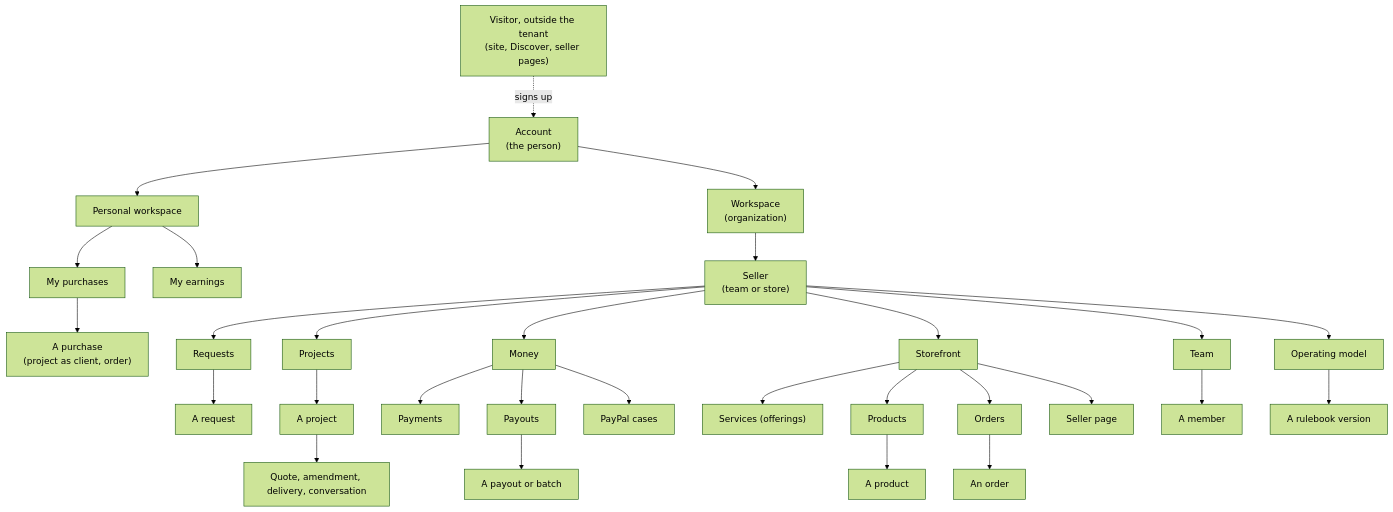
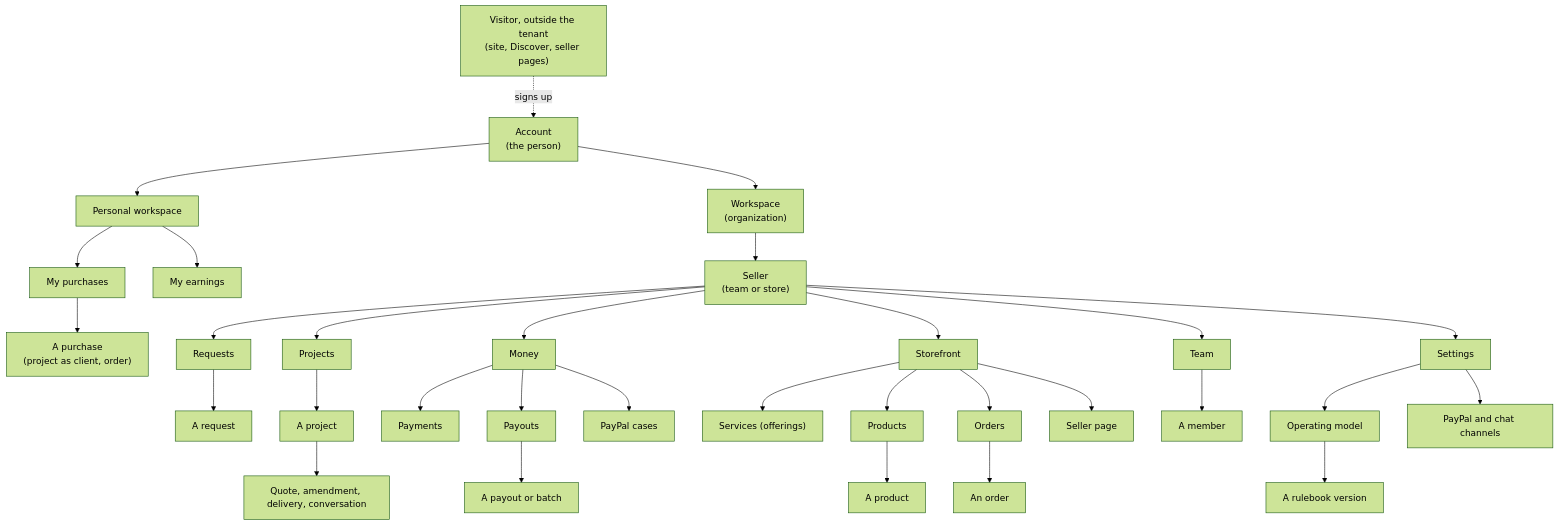
Before and after one commit to veetlyn/veetlyn: the diagram in specs/platform/2026-10-28-context-graph-inventory.md, drawn with Mermaid (forest theme). The commit also changed other lines of this file, not shown here.

````diff
--- a/specs/platform/2026-10-28-context-graph-inventory.md
+++ b/specs/platform/2026-10-28-context-graph-inventory.md
@@ -11,32 +11,34 @@
 ```mermaid
 graph TD
   A["Account<br/>(the person)"]
   A --> P["Personal workspace"]
   A --> W["Workspace<br/>(organization)"]
   P --> PP["My purchases"]
   P --> PE["My earnings"]
   PP --> PR["A purchase<br/>(project as client, order)"]
   W --> S["Seller<br/>(team or store)"]
   S --> R["Requests"]
   S --> J["Projects"]
   S --> M["Money"]
   S --> F["Storefront"]
   S --> T["Team"]
-  S --> O["Operating model"]
+  S --> ST["Settings"]
   R --> R1["A request"]
   J --> J1["A project"]
   M --> M1["Payments"]
   M --> M2["Payouts"]
   M --> M3["PayPal cases"]
   M2 --> M21["A payout or batch"]
   F --> F1["Services (offerings)"]
   F --> F2["Products"]
   F --> F3["Orders"]
   F --> F4["Seller page"]
   F2 --> F21["A product"]
   F3 --> F31["An order"]
   T --> T1["A member"]
+  ST --> O["Operating model"]
+  ST --> SC["PayPal and chat channels"]
   O --> O1["A rulebook version"]
   J1 --> J11["Quote, amendment, delivery, conversation"]
   V["Visitor, outside the tenant<br/>(site, Discover, seller pages)"] -. signs up .-> A
 ```
````
